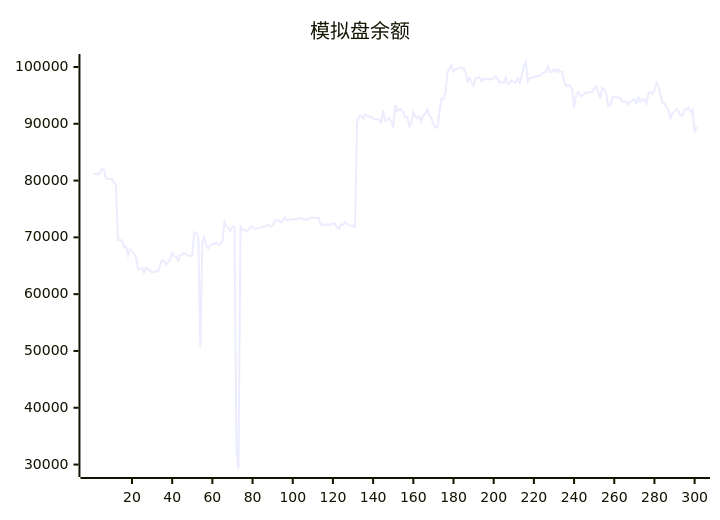
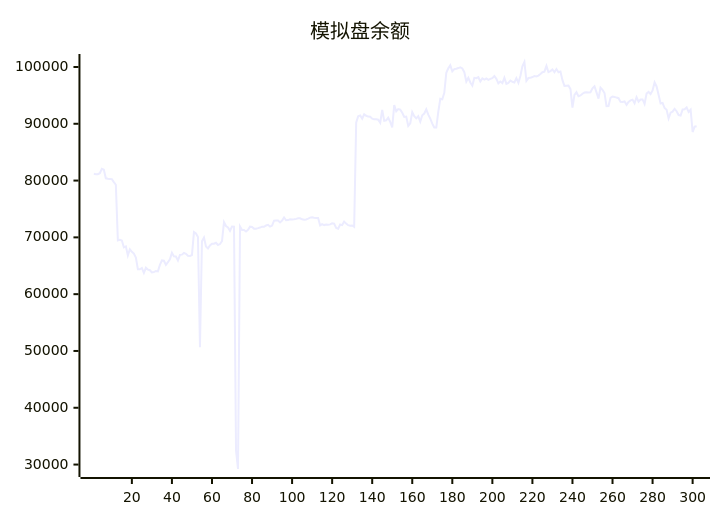
One commit to aahl/ai-trading changed the diagram in README.md. Above: the diagram before and after it, drawn with Mermaid. The commit also changed other lines of this file and 1 other file, not shown here.

````diff
--- a/README.md
+++ b/README.md
@@ -5,5 +5,5 @@
 ```mermaid
 xychart
     title "模拟盘余额"
-    line [81186,81130,81118,81306,82066,81909,80392,80304,80291,80258,79729,79261,69466,69579,69456,68251,68415,66832,67911,67462,67144,66432,64380,64375,64606,63741,64647,64324,64216,63842,63877,64079,64008,65156,65945,65888,65157,65625,66144,67284,66653,66639,65924,66925,66956,67263,67108,66766,66729,66886,70927,70673,70049,50652,69334,69973,68400,68061,68578,68877,68879,69055,68662,68822,69329,72687,71999,71760,71163,71911,71896,32500,29218,71927,71297,71305,71044,71337,71883,71822,71536,71536,71622,71723,71880,71860,72100,72216,71887,72077,72940,72976,72966,72638,72948,73497,73004,73041,73173,73160,73187,73258,73375,73351,73173,73098,73161,73305,73474,73536,73457,73413,73412,72100,72333,72164,72272,72204,72285,72461,72421,71652,71521,72267,72157,72774,72425,72144,72060,72091,71858,90185,91338,91466,90900,91678,91404,91268,91244,90903,90779,90787,90721,90187,92429,90518,90619,91070,90328,89376,93286,92202,92581,92485,91947,91196,91259,89619,90086,92063,91355,90950,91327,90373,91498,91800,92531,91603,90910,90031,89351,89334,92097,94406,94315,95455,98972,99763,100286,99229,99622,99701,99805,99938,99738,99082,97430,98094,97267,96741,98081,98013,98194,97447,97983,97789,97969,97729,97911,98043,98405,97912,97120,97448,97154,98095,97021,97191,97616,97402,97263,98035,97210,98424,100121,100876,97552,98049,98085,98228,98388,98342,98488,98750,99086,99181,100188,99107,99272,99553,99072,99636,99061,99186,97674,96679,96704,96743,96096,92830,95088,95560,94866,94995,95295,95497,95531,95527,95559,96236,96597,95538,94422,96363,95972,95418,93095,93128,94558,94795,94727,94611,94508,93857,93852,93955,93340,93862,94112,94249,93603,94682,93898,94267,94288,93490,95337,95601,95226,95879,97301,96573,95113,93569,93681,92773,92453,90953,91954,92130,92637,92209,91536,91462,92532,92562,92875,92086,92488,88547,89491]
+    line [81186,81130,81118,81306,82066,81909,80392,80304,80291,80258,79729,79261,69466,69579,69456,68251,68415,66832,67911,67462,67144,66432,64380,64375,64606,63741,64647,64324,64216,63842,63877,64079,64008,65156,65945,65888,65157,65625,66144,67284,66653,66639,65924,66925,66956,67263,67108,66766,66729,66886,70927,70673,70049,50652,69334,69973,68400,68061,68578,68877,68879,69055,68662,68822,69329,72687,71999,71760,71163,71911,71896,32500,29218,71927,71297,71305,71044,71337,71883,71822,71536,71536,71622,71723,71880,71860,72100,72216,71887,72077,72940,72976,72966,72638,72948,73497,73004,73041,73173,73160,73187,73258,73375,73351,73173,73098,73161,73305,73474,73536,73457,73413,73412,72100,72333,72164,72272,72204,72285,72461,72421,71652,71521,72267,72157,72774,72425,72144,72060,72091,71858,90185,91338,91466,90900,91678,91404,91268,91244,90903,90779,90787,90721,90187,92429,90518,90619,91070,90328,89376,93286,92202,92581,92485,91947,91196,91259,89619,90086,92063,91355,90950,91327,90373,91498,91800,92531,91603,90910,90031,89351,89334,92097,94406,94315,95455,98972,99763,100286,99229,99622,99701,99805,99938,99738,99082,97430,98094,97267,96741,98081,98013,98194,97447,97983,97789,97969,97729,97911,98043,98405,97912,97120,97448,97154,98095,97021,97191,97616,97402,97263,98035,97210,98424,100121,100876,97552,98049,98085,98228,98388,98342,98488,98750,99086,99181,100188,99107,99272,99553,99072,99636,99061,99186,97674,96679,96704,96743,96096,92830,95088,95560,94866,94995,95295,95497,95531,95527,95559,96236,96597,95538,94422,96363,95972,95418,93095,93128,94558,94795,94727,94611,94508,93857,93852,93955,93340,93862,94112,94249,93603,94682,93898,94267,94288,93490,95337,95601,95226,95879,97301,96573,95113,93569,93681,92773,92453,90953,91954,92130,92637,92209,91536,91462,92532,92562,92875,92086,92488,88547,89491,89563]
 ```
````
